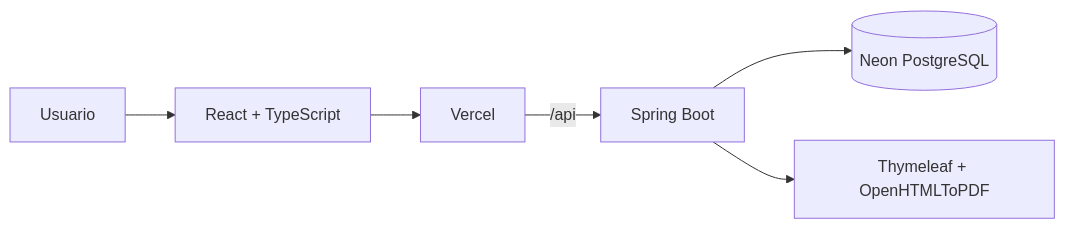
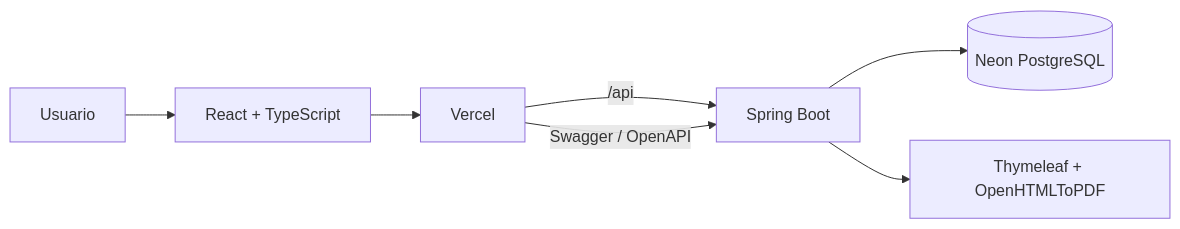
The diagram in README.md (Fran3103/CocktailOps), drawn with Mermaid before and after one commit. The commit also changed other lines of this file and 2 other files, not shown here.

````diff
--- a/README.md
+++ b/README.md
@@ -196,15 +198,16 @@
 ```mermaid
 flowchart LR
     U[Usuario]
     FE[React + TypeScript]
     VX[Vercel]
     BE[Spring Boot]
     DB[(Neon PostgreSQL)]
     PDF[Thymeleaf + OpenHTMLToPDF]
 
     U --> FE
     FE --> VX
     VX -->|/api| BE
+    VX -->|Swagger / OpenAPI| BE
     BE --> DB
     BE --> PDF
 ```
````
